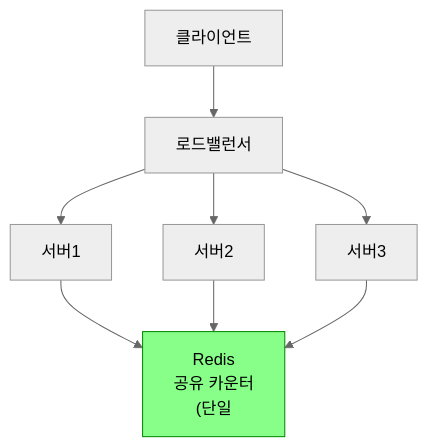
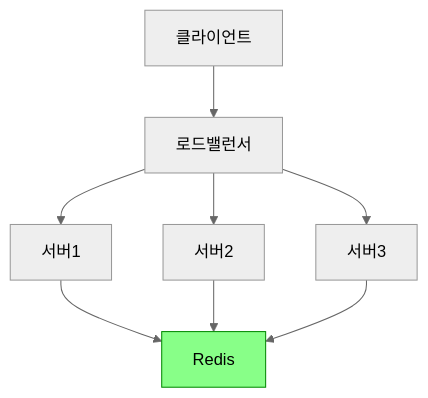
One commit to yjkim2015/yjkim2015.github.io changed the tenth of 13 diagrams in _posts/spring/2026-05-01-rate-limiting.md. Above: the diagram before and after it, drawn with Mermaid (neutral theme). The commit also changed other lines of this file and 217 other files, not shown here.

First line of the commit message:
Mermaid 크기 수정: useMaxWidth:true + SVG max-width:100% + 라벨 축소

````diff
--- a/_posts/spring/2026-05-01-rate-limiting.md
+++ b/_posts/spring/2026-05-01-rate-limiting.md
@@ -709,9 +709,9 @@
 ```mermaid
 graph TD
     C["클라이언트"] --> LB["로드밸런서"]
     LB --> S1["서버1"]
     LB --> S2["서버2"]
     LB --> S3["서버3"]
-    S1 & S2 & S3 --> R["Redis\n공유 카운터\n(단일"]
+    S1 & S2 & S3 --> R["Redis"]
     style R fill:#8f8,stroke:#080,color:#000
 ```
````
